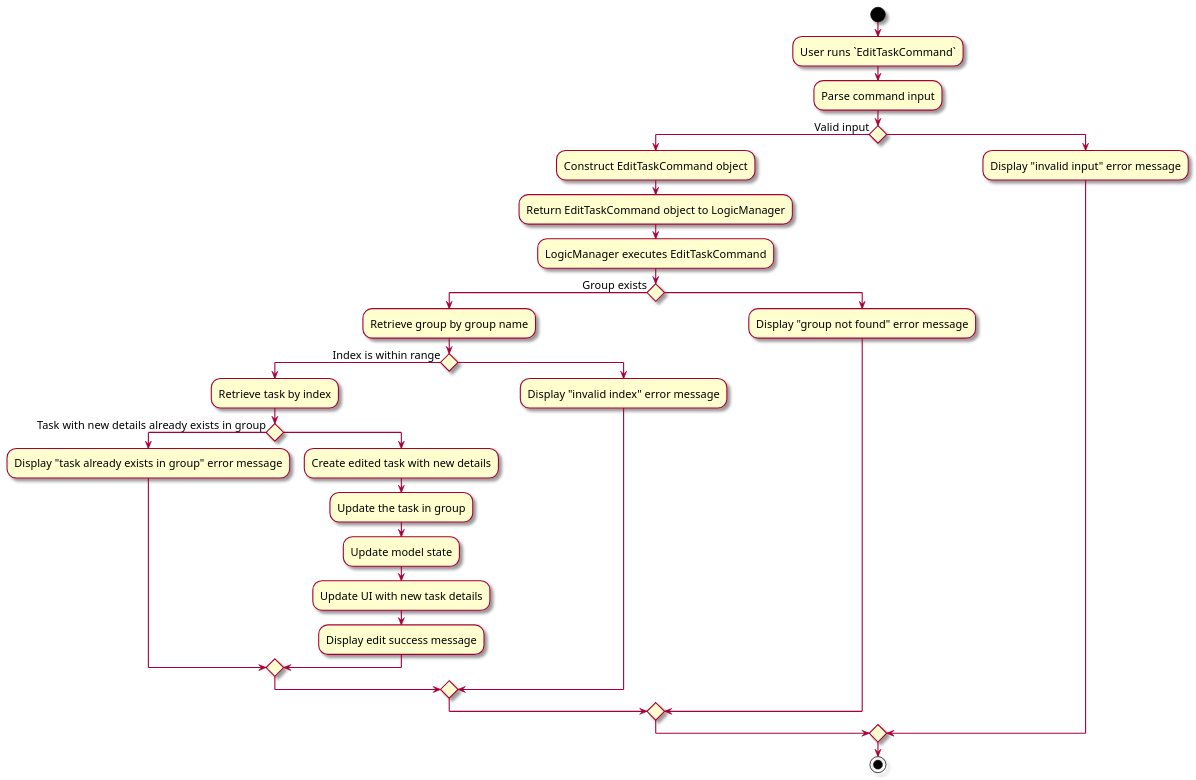
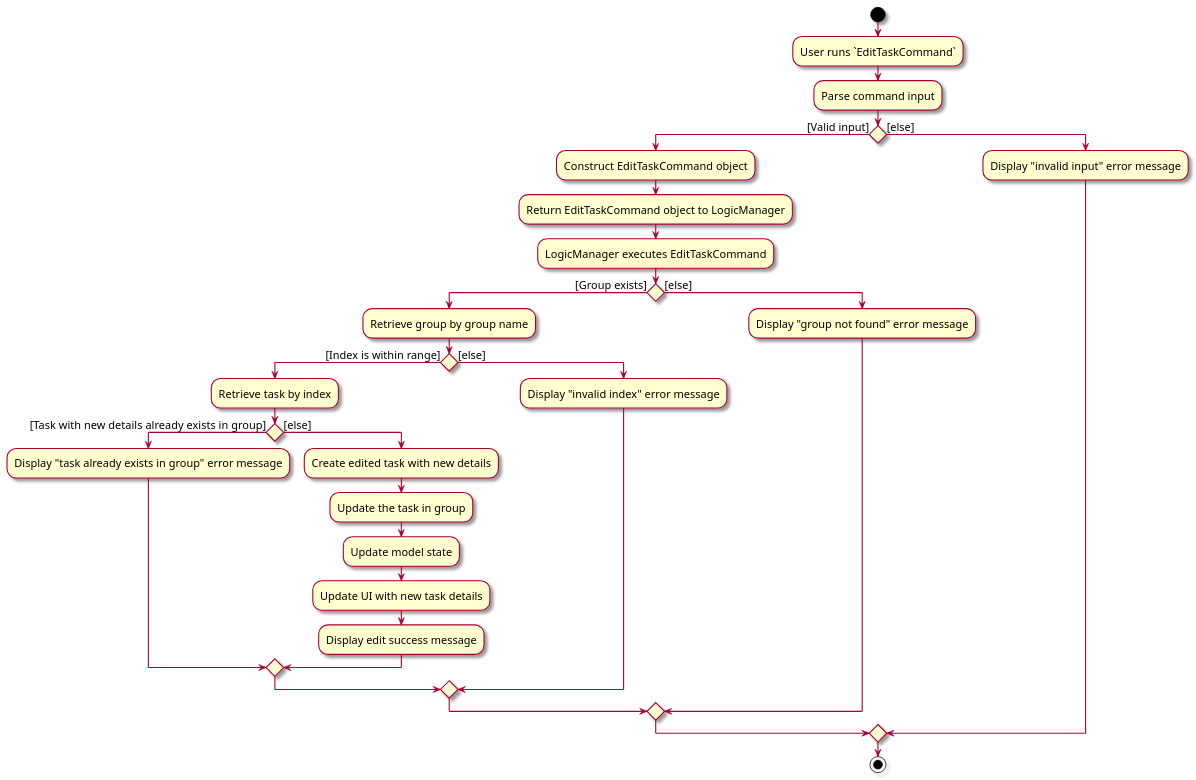
The diagram in docs/diagrams/EditTaskCommandAD.puml (nus-cs2103-AY2425S1/tp), drawn with PlantUML before and after one commit. The commit also changed 2 other files, not shown here.

Commit message:
Fix bugs in activity diagram and simplify sequence diagram

```diff
--- a/docs/diagrams/EditTaskCommandAD.puml
+++ b/docs/diagrams/EditTaskCommandAD.puml
@@ -1,46 +1,46 @@
 @startuml
 skin rose
 skinparam ActivityFontSize 15
 skinparam ArrowFontSize 15
 
 start
 :User runs `EditTaskCommand`;
 
 :Parse command input;
 
-if () then (Valid input)
+if () then ([Valid input])
     :Construct EditTaskCommand object;
     :Return EditTaskCommand object to LogicManager;
     :LogicManager executes EditTaskCommand;
 
-    if () then (Group exists)
+    if () then ([Group exists])
         :Retrieve group by group name;
 
-        if () then (Index is within range)
+        if () then ([Index is within range])
             :Retrieve task by index;
 
-            if () then (Task with new details already exists in group)
+            if () then ([Task with new details already exists in group])
                 :Display "task already exists in group" error message;
-            else ()
+            else ([else])
                 :Create edited task with new details;
 
                 :Update the task in group;
                 :Update model state;
                 :Update UI with new task details;
                 :Display edit success message;
             endif
 
-        else ()
+        else ([else])
             :Display "invalid index" error message;
         endif
 
-    else ()
+    else ([else])
         :Display "group not found" error message;
     endif
 
-else ()
+else ([else])
     :Display "invalid input" error message;
 endif
 
 stop
 @enduml
```
